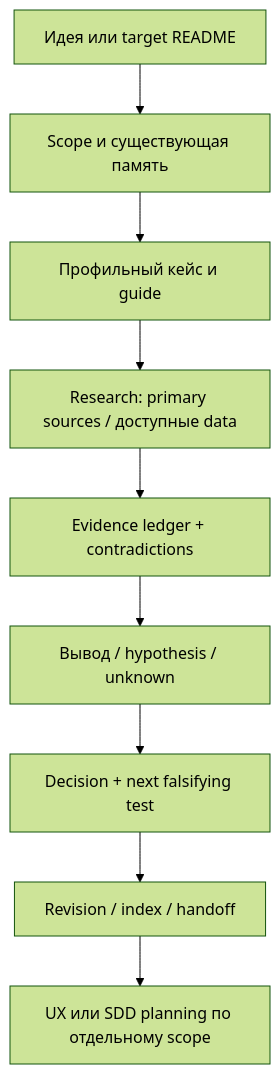
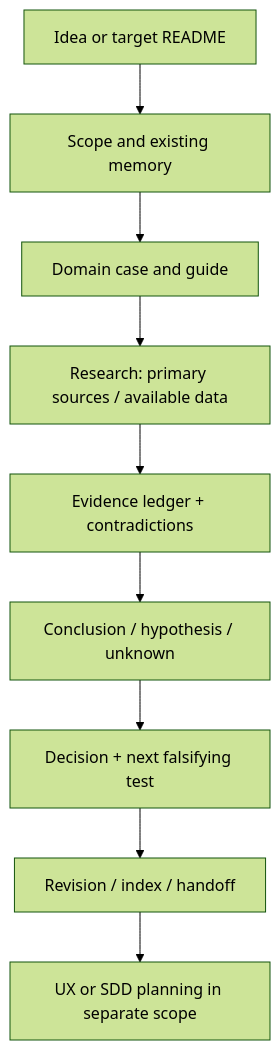
One commit to zxc0zxc0zxc/palarran-framework changed the diagram in docs/product/workflow.md. Above: the diagram before and after it, drawn with Mermaid (forest theme). The commit also changed other lines of this file and 783 other files, not shown here.

````diff
--- a/docs/product/workflow.md
+++ b/docs/product/workflow.md
@@ -5,11 +5,11 @@
 ```mermaid
 flowchart TD
-    A[Идея или target README] --> B[Scope и существующая память]
-    B --> C[Профильный кейс и guide]
-    C --> D[Research: primary sources / доступные data]
+    A[Idea or target README] --> B[Scope and existing memory]
+    B --> C[Domain case and guide]
+    C --> D[Research: primary sources / available data]
     D --> E[Evidence ledger + contradictions]
-    E --> F[Вывод / hypothesis / unknown]
+    E --> F[Conclusion / hypothesis / unknown]
     F --> G[Decision + next falsifying test]
     G --> H[Revision / index / handoff]
-    H --> I[UX или SDD planning по отдельному scope]
+    H --> I[UX or SDD planning in separate scope]
 ```
````
